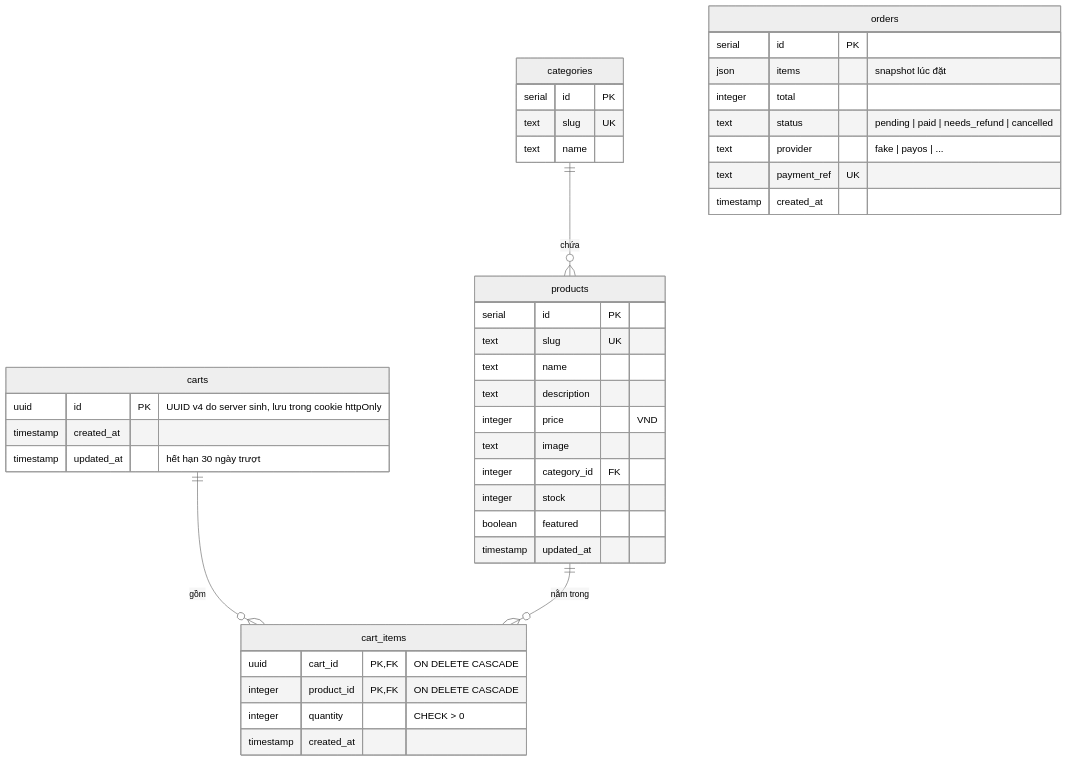
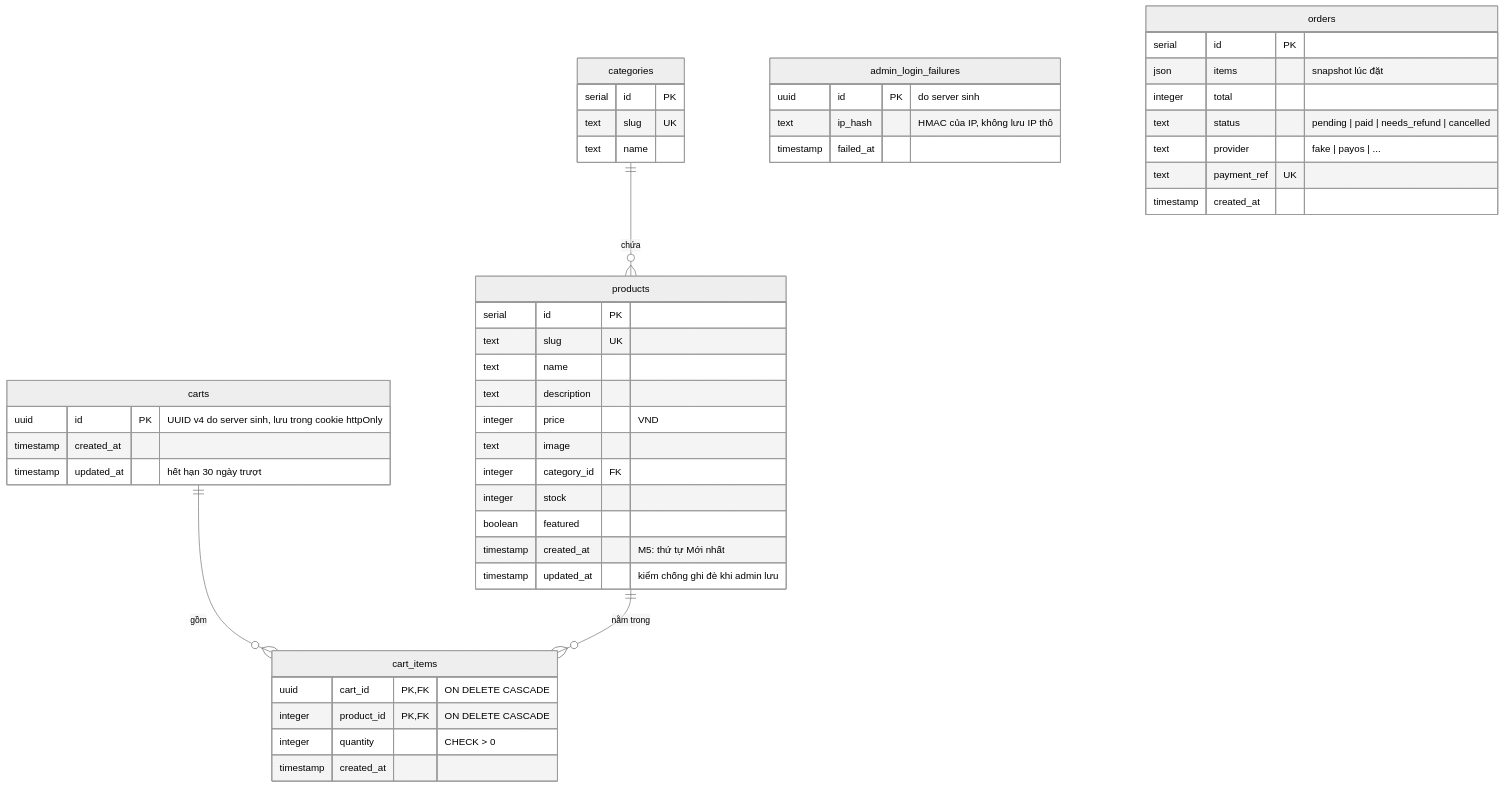
Before and after one commit to chinhpham208/next-store: the fifth of 6 diagrams in docs/architecture.md, drawn with Mermaid (neutral theme). The commit also changed other lines of this file and 13 other files, not shown here.

````diff
--- a/docs/architecture.md
+++ b/docs/architecture.md
@@ -112,44 +113,50 @@
 ```mermaid
 erDiagram
   categories ||--o{ products : "chứa"
   carts ||--o{ cart_items : "gồm"
   products ||--o{ cart_items : "nằm trong"
 
   categories {
     serial id PK
     text slug UK
     text name
   }
   products {
     serial id PK
     text slug UK
     text name
     text description
     integer price "VND"
     text image
     integer category_id FK
     integer stock
     boolean featured
-    timestamp updated_at
+    timestamp created_at "M5: thứ tự Mới nhất"
+    timestamp updated_at "kiểm chống ghi đè khi admin lưu"
+  }
+  admin_login_failures {
+    uuid id PK "do server sinh"
+    text ip_hash "HMAC của IP, không lưu IP thô"
+    timestamp failed_at
   }
   carts {
     uuid id PK "UUID v4 do server sinh, lưu trong cookie httpOnly"
     timestamp created_at
     timestamp updated_at "hết hạn 30 ngày trượt"
   }
   cart_items {
     uuid cart_id PK, FK "ON DELETE CASCADE"
     integer product_id PK, FK "ON DELETE CASCADE"
     integer quantity "CHECK > 0"
     timestamp created_at
   }
   orders {
     serial id PK
     json items "snapshot lúc đặt"
     integer total
     text status "pending | paid | needs_refund | cancelled"
     text provider "fake | payos | ..."
     text payment_ref UK
     timestamp created_at
   }
 ```
````
